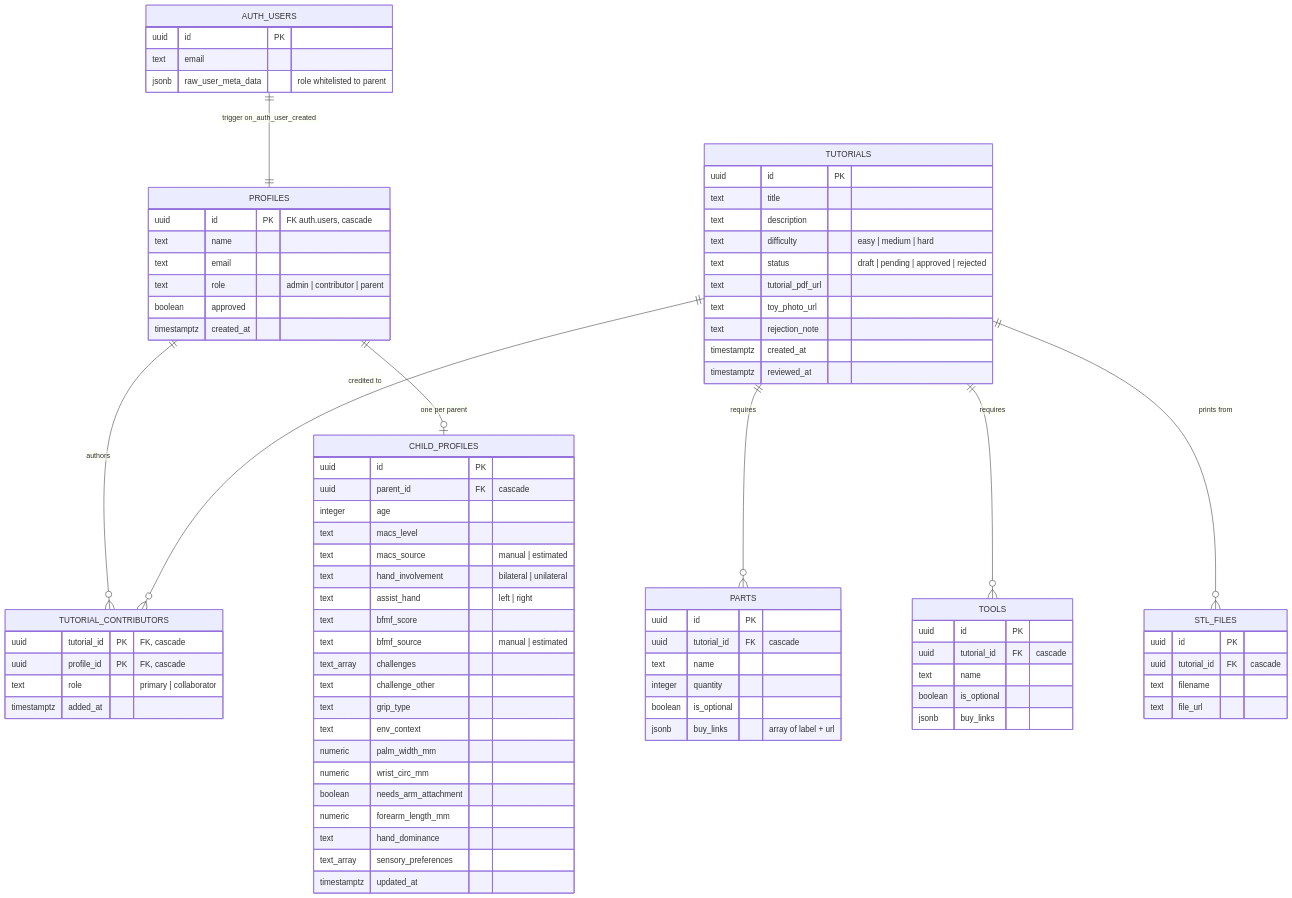
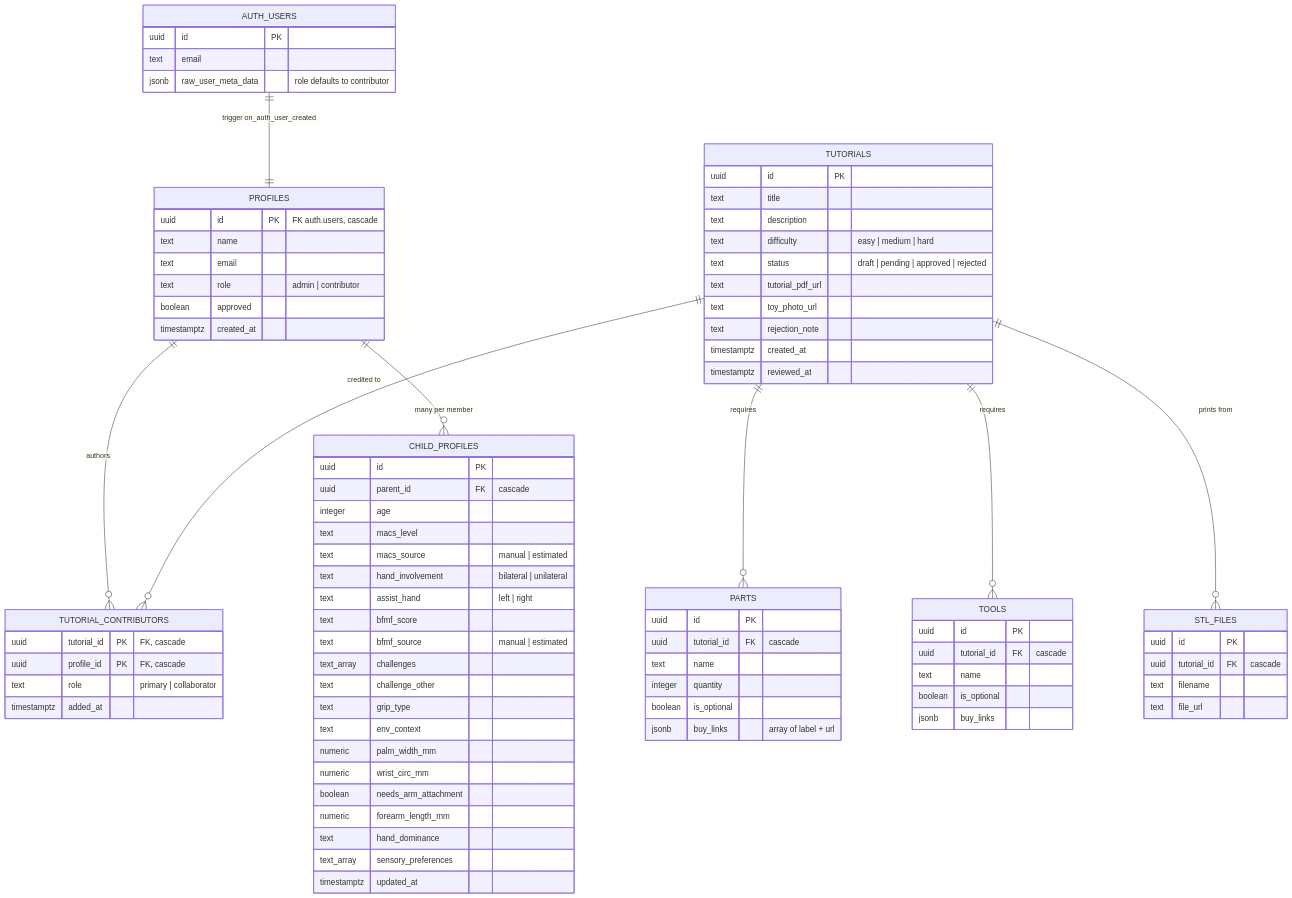
Before and after one commit to bpetselis01/splat-connect: the third of 6 diagrams in ARCHITECTURE.md, drawn with Mermaid. The commit also changed other lines of this file, not shown here.

Commit message:
docs(architecture): drop the parent role and flag the doc as out of date
Claude-Session: https://claude.ai/code/session_013gf54gnBn1ykL5YnT5vcNK

```diff
--- a/ARCHITECTURE.md
+++ b/ARCHITECTURE.md
@@ -200,18 +202,18 @@
     TUTORIALS ||--o{ PARTS : requires
     TUTORIALS ||--o{ TOOLS : requires
     TUTORIALS ||--o{ STL_FILES : "prints from"
-    PROFILES ||--o| CHILD_PROFILES : "one per parent"
+    PROFILES ||--o{ CHILD_PROFILES : "many per member"
 
     AUTH_USERS {
         uuid id PK
         text email
-        jsonb raw_user_meta_data "role whitelisted to parent"
+        jsonb raw_user_meta_data "role defaults to contributor"
     }
     PROFILES {
         uuid id PK "FK auth.users, cascade"
         text name
         text email
-        text role "admin | contributor | parent"
+        text role "admin | contributor"
         boolean approved
         timestamptz created_at
     }
```
